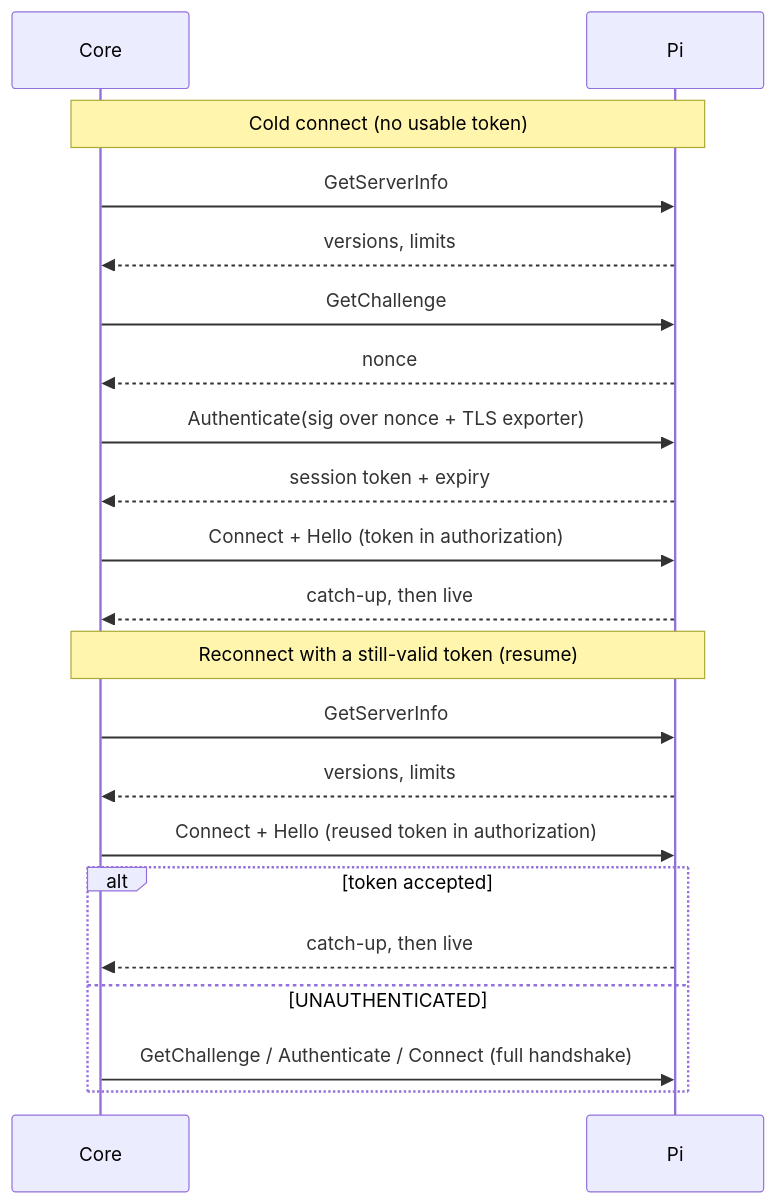
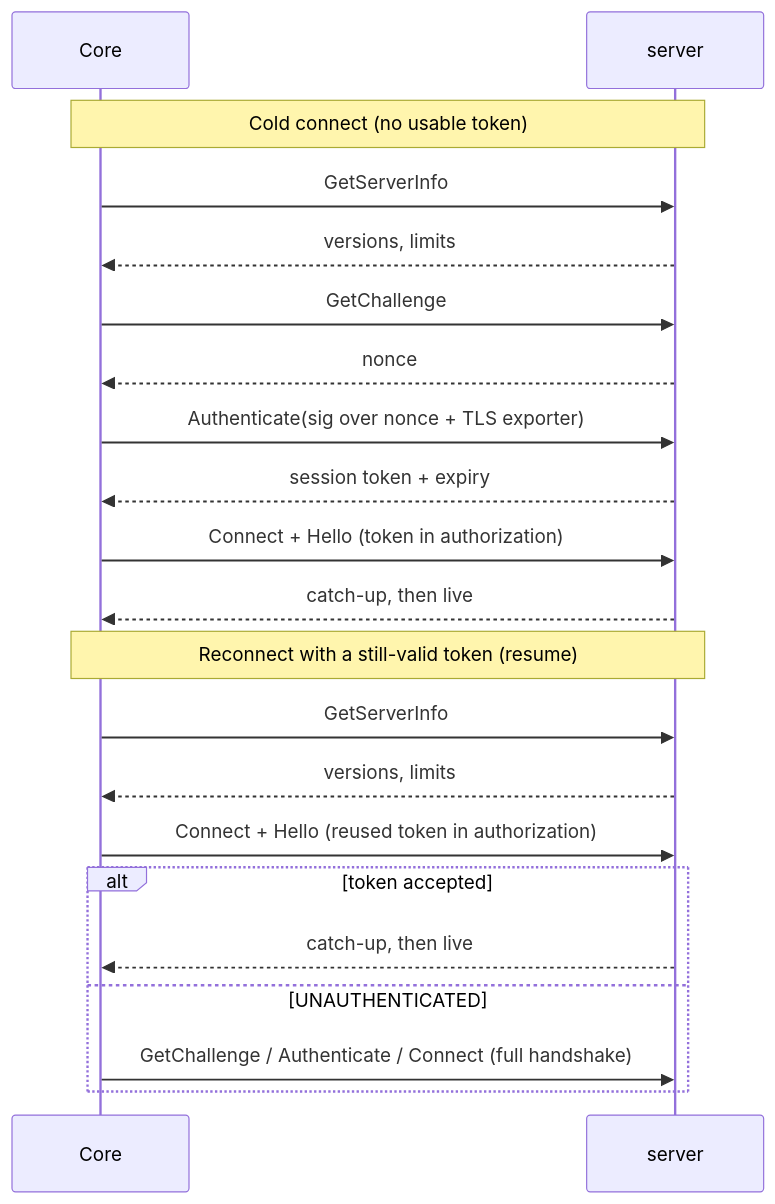
Before and after one commit to koppathachan/vyajena: the diagram in openspec/changes/faster-connect/design.md, drawn with Mermaid. The commit also changed other lines of this file and 437 other files, not shown here.

````diff
--- a/openspec/changes/faster-connect/design.md
+++ b/openspec/changes/faster-connect/design.md
@@ -92,23 +92,23 @@
 ```mermaid
 sequenceDiagram
   participant C as Core
-  participant Pi
-  Note over C,Pi: Cold connect (no usable token)
-  C->>Pi: GetServerInfo
-  Pi-->>C: versions, limits
-  C->>Pi: GetChallenge
-  Pi-->>C: nonce
-  C->>Pi: Authenticate(sig over nonce + TLS exporter)
-  Pi-->>C: session token + expiry
-  C->>Pi: Connect + Hello  (token in authorization)
-  Pi-->>C: catch-up, then live
-  Note over C,Pi: Reconnect with a still-valid token (resume)
-  C->>Pi: GetServerInfo
-  Pi-->>C: versions, limits
-  C->>Pi: Connect + Hello  (reused token in authorization)
+  participant server
+  Note over C,server: Cold connect (no usable token)
+  C->>server: GetServerInfo
+  server-->>C: versions, limits
+  C->>server: GetChallenge
+  server-->>C: nonce
+  C->>server: Authenticate(sig over nonce + TLS exporter)
+  server-->>C: session token + expiry
+  C->>server: Connect + Hello  (token in authorization)
+  server-->>C: catch-up, then live
+  Note over C,server: Reconnect with a still-valid token (resume)
+  C->>server: GetServerInfo
+  server-->>C: versions, limits
+  C->>server: Connect + Hello  (reused token in authorization)
   alt token accepted
-    Pi-->>C: catch-up, then live
+    server-->>C: catch-up, then live
   else UNAUTHENTICATED
-    C->>Pi: GetChallenge / Authenticate / Connect (full handshake)
+    C->>server: GetChallenge / Authenticate / Connect (full handshake)
   end
 ```
````
